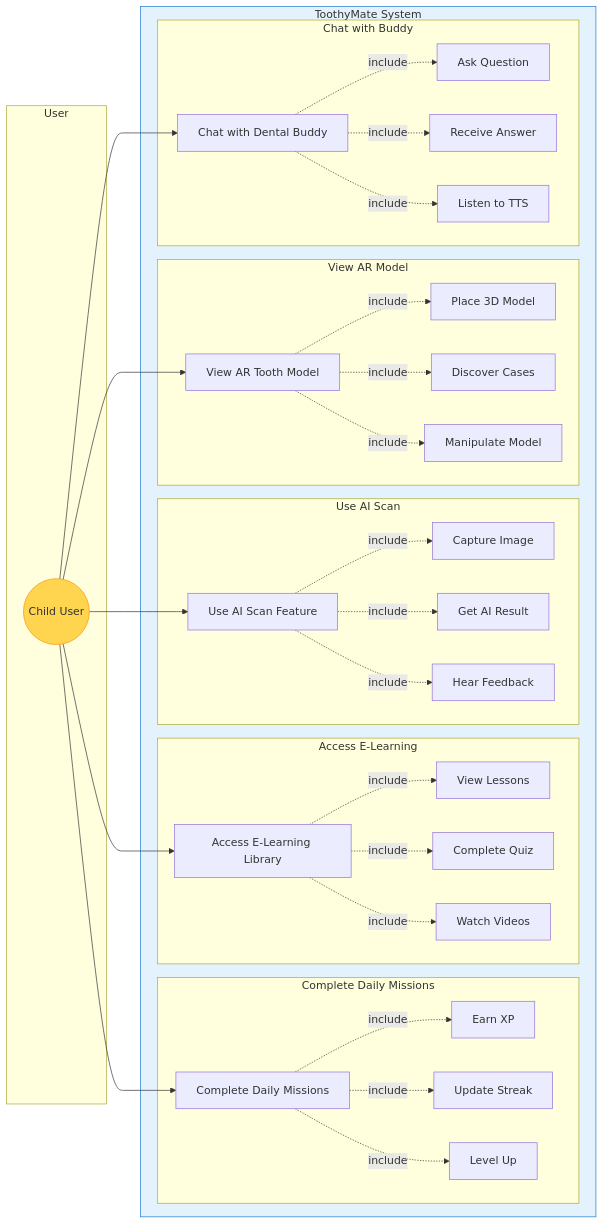
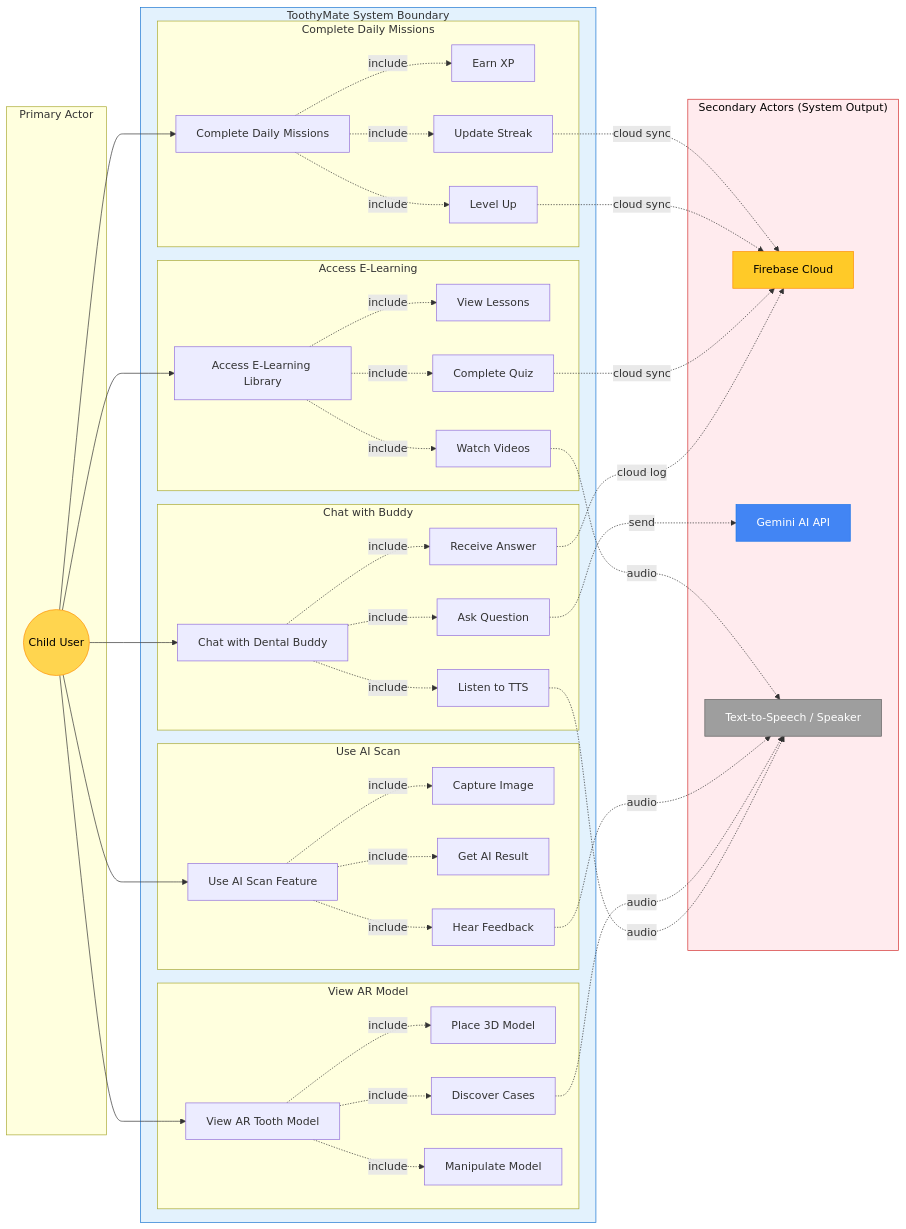
Before and after one commit to nabilashahirah/toothymate: the seventh of 15 diagrams in thesis_chapters/Mermaid_Diagrams.md, drawn with Mermaid. The commit also changed other lines of this file and 9 other files, not shown here.

````diff
--- a/thesis_chapters/Mermaid_Diagrams.md
+++ b/thesis_chapters/Mermaid_Diagrams.md
@@ -148,10 +250,10 @@
 ```mermaid
 flowchart LR
-    subgraph User
+    subgraph UserSide ["Primary Actor"]
         U((Child User))
     end
 
-    subgraph ToothyMate["ToothyMate System"]
+    subgraph ToothyMate["ToothyMate System Boundary"]
         subgraph UC1["Complete Daily Missions"]
             DM[Complete Daily Missions]
             DM1[Earn XP]
@@ -188,6 +290,12 @@
         end
     end
 
+    subgraph ExternalSide ["Secondary Actors (System Output)"]
+        FB[Firebase Cloud]
+        GEM[Gemini AI API]
+        TTS[Text-to-Speech / Speaker]
+    end
+
     U --> DM
     U --> EL
     U --> AI
@@ -197,23 +305,36 @@
     DM -.->|include| DM1
     DM -.->|include| DM2
     DM -.->|include| DM3
+    DM2 -.->|cloud sync| FB
+    DM3 -.->|cloud sync| FB
 
     EL -.->|include| EL1
     EL -.->|include| EL2
     EL -.->|include| EL3
+    EL2 -.->|cloud sync| FB
+    EL3 -.->|audio| TTS
 
     AI -.->|include| AI1
     AI -.->|include| AI2
     AI -.->|include| AI3
+    AI3 -.->|audio| TTS
 
     AR -.->|include| AR1
     AR -.->|include| AR2
     AR -.->|include| AR3
+    AR2 -.->|audio| TTS
 
     CH -.->|include| CH1
     CH -.->|include| CH2
     CH -.->|include| CH3
+    CH1 -.->|send| GEM
+    CH2 -.->|cloud log| FB
+    CH3 -.->|audio| TTS
 
-    style U fill:#FFD54F,stroke:#FF8F00
+    style U fill:#FFD54F,stroke:#FF8F00,color:#000
     style ToothyMate fill:#E3F2FD,stroke:#1976D2
+    style ExternalSide fill:#FFEBEE,stroke:#D32F2F,color:#000
+    style FB fill:#FFCA28,stroke:#FF8F00,color:#000
+    style GEM fill:#4285F4,stroke:#1A73E8,color:#fff
+    style TTS fill:#9E9E9E,stroke:#616161,color:#fff
 ```
````
